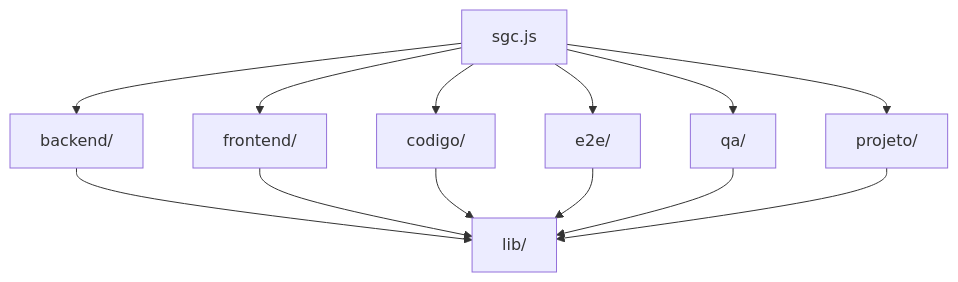
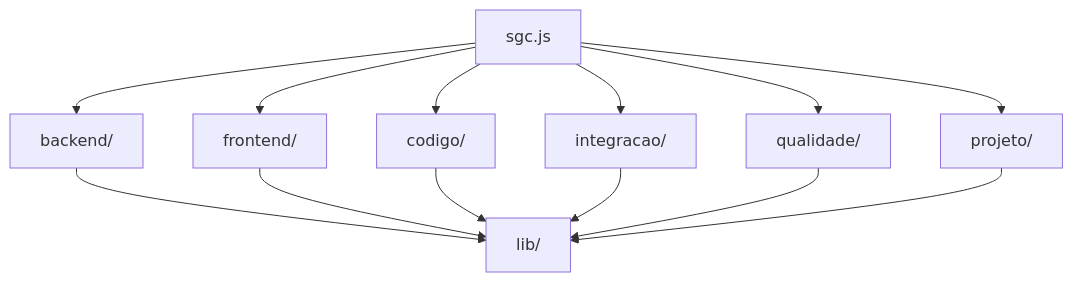
The diagram in toolkit/README.md (lgalvao/sgc), drawn with Mermaid before and after one commit. The commit also changed other lines of this file and 90 other files, not shown here.

````diff
--- a/toolkit/README.md
+++ b/toolkit/README.md
@@ -18,15 +18,15 @@
 ```mermaid
 graph TD
     CLI[sgc.js] --> Backend[backend/]
     CLI --> Frontend[frontend/]
     CLI --> Codigo[codigo/]
-    CLI --> E2E[e2e/]
-    CLI --> QA[qa/]
+    CLI --> Integracao[integracao/]
+    CLI --> Qualidade[qualidade/]
     CLI --> Projeto[projeto/]
     Backend --> Lib[lib/]
     Frontend --> Lib
     Codigo --> Lib
-    E2E --> Lib
-    QA --> Lib
+    Integracao --> Lib
+    Qualidade --> Lib
     Projeto --> Lib
 ```
````
